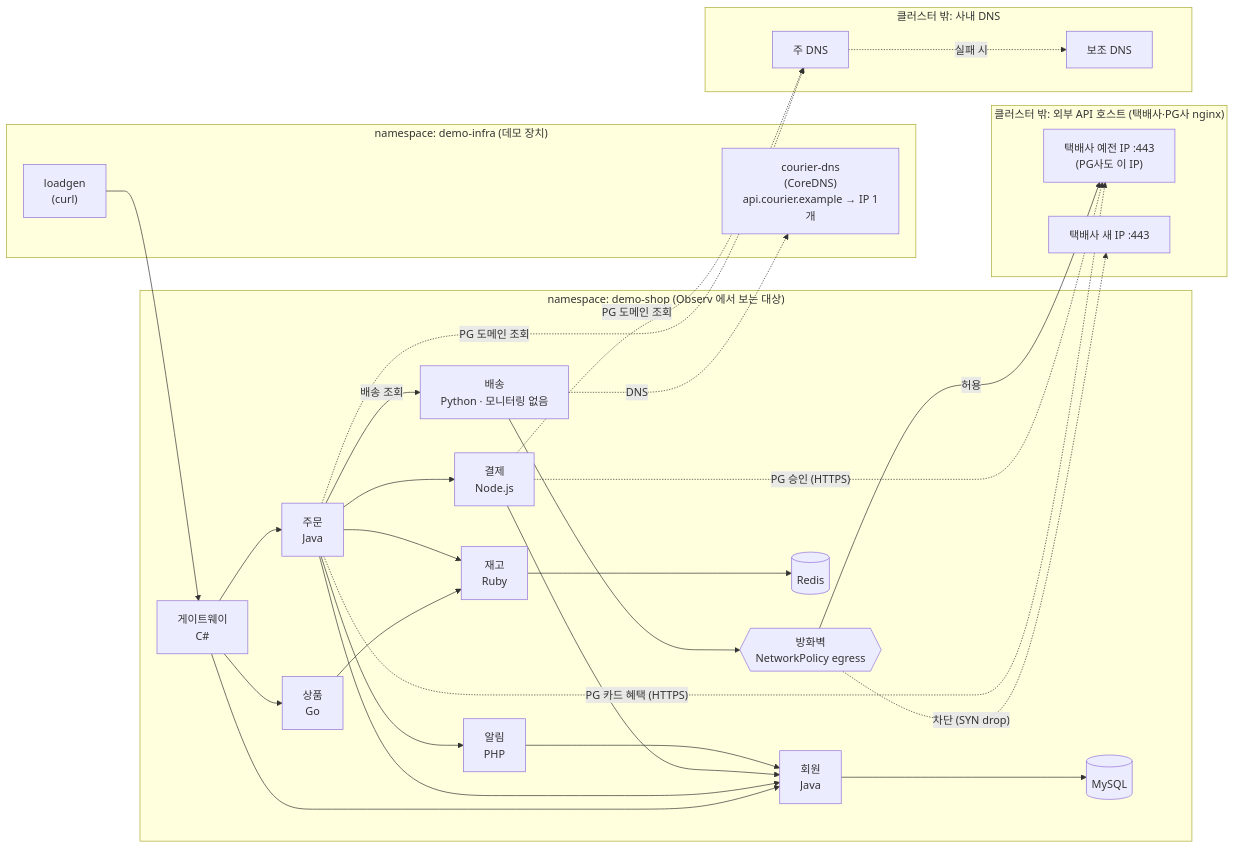
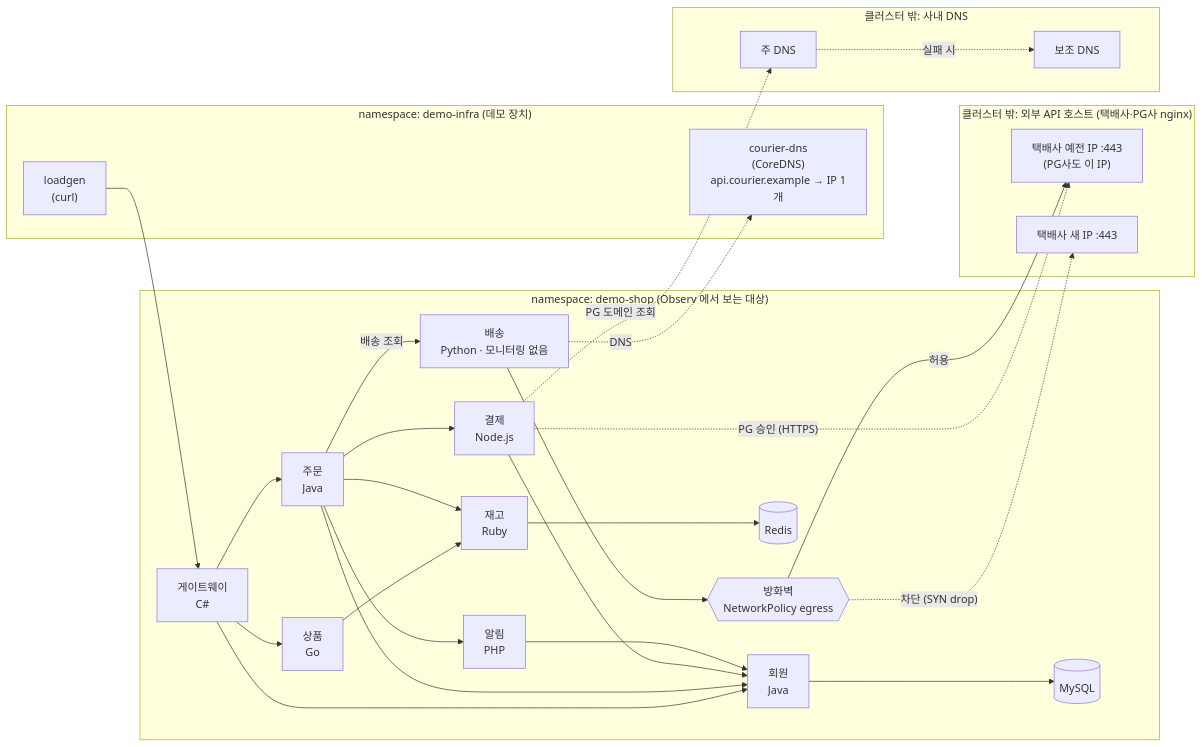
Before and after one commit to beomzh/demo-ebpf-shop: the first of 2 diagrams in README.md, drawn with Mermaid. The commit also changed other lines of this file and 11 other files, not shown here.

````diff
--- a/README.md
+++ b/README.md
@@ -68,50 +68,48 @@
 ```mermaid
 flowchart LR
   subgraph infra["namespace: demo-infra (데모 장치)"]
     LG["loadgen<br/>(curl)"]
     DNS["courier-dns<br/>(CoreDNS)<br/>api.courier.example → IP 1개"]
   end
 
   subgraph shop["namespace: demo-shop (Observ 에서 보는 대상)"]
     GW["게이트웨이<br/>C#"]
     ORD["주문<br/>Java"]
     MEM["회원<br/>Java"]
     PRD["상품<br/>Go"]
     INV["재고<br/>Ruby"]
     PAY["결제<br/>Node.js"]
     NOTI["알림<br/>PHP"]
     DLV["배송<br/>Python · 모니터링 없음"]
     DB[("MySQL")]
     RD[("Redis")]
     FW{{"방화벽<br/>NetworkPolicy egress"}}
   end
 
   subgraph ext["클러스터 밖: 외부 API 호스트 (택배사·PG사 nginx)"]
     OLD["택배사 예전 IP :443<br/>(PG사도 이 IP)"]
     NEW["택배사 새 IP :443"]
   end
 
   subgraph corp["클러스터 밖: 사내 DNS"]
     P1["주 DNS"]
     P2["보조 DNS"]
   end
 
   LG --> GW
   GW --> PRD --> INV --> RD
   GW --> MEM --> DB
   GW --> ORD
   ORD --> MEM
   ORD --> INV
   ORD --> PAY --> MEM
-  ORD -.->|"PG 카드 혜택 (HTTPS)"| OLD
   PAY -.->|"PG 승인 (HTTPS)"| OLD
-  ORD -.->|"PG 도메인 조회"| P1
   PAY -.->|"PG 도메인 조회"| P1
   P1 -.->|"실패 시"| P2
   ORD --> NOTI --> MEM
   ORD -->|"배송 조회"| DLV
   DLV -.->|DNS| DNS
   DLV --> FW
   FW -->|허용| OLD
   FW -.->|"차단 (SYN drop)"| NEW
 ```
````
